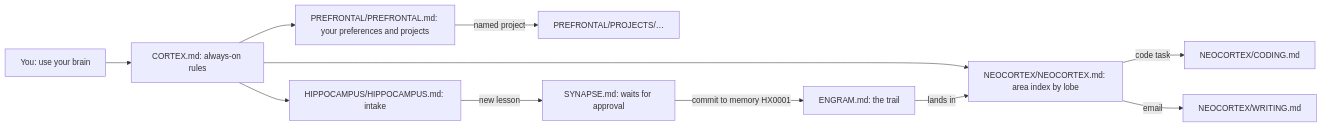
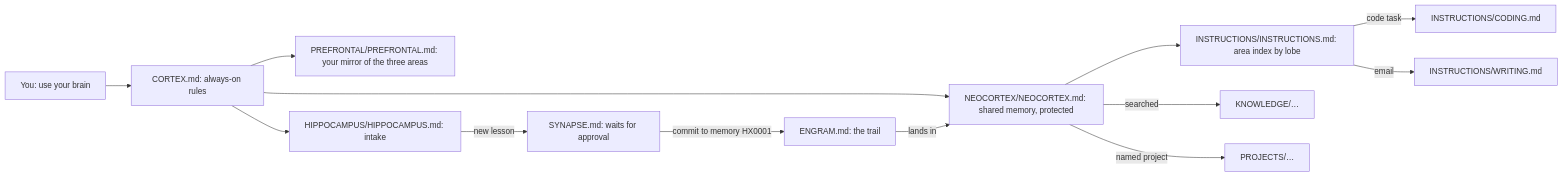
Before and after one commit to jimmydagher/claude-brain: the diagram in README.md, drawn with Mermaid. The commit also changed other lines of this file and 31 other files, not shown here.

````diff
--- a/README.md
+++ b/README.md
@@ -15,13 +11,15 @@
 ```mermaid
 flowchart LR
     A["You: use your brain"] --> B["CORTEX.md: always-on rules"]
-    B --> N["NEOCORTEX/NEOCORTEX.md: area index by lobe"]
-    N -->|code task| C["NEOCORTEX/CODING.md"]
-    N -->|email| D["NEOCORTEX/WRITING.md"]
-    B --> P["PREFRONTAL/PREFRONTAL.md: your preferences and projects"]
-    P -->|named project| E["PREFRONTAL/PROJECTS/…"]
+    B --> N["NEOCORTEX/NEOCORTEX.md: shared memory, protected"]
+    N --> I["INSTRUCTIONS/INSTRUCTIONS.md: area index by lobe"]
+    I -->|code task| C["INSTRUCTIONS/CODING.md"]
+    I -->|email| D["INSTRUCTIONS/WRITING.md"]
+    N -->|searched| K["KNOWLEDGE/…"]
+    N -->|named project| E["PROJECTS/…"]
+    B --> P["PREFRONTAL/PREFRONTAL.md: your mirror of the three areas"]
     B --> H["HIPPOCAMPUS/HIPPOCAMPUS.md: intake"]
     H -->|new lesson| S["SYNAPSE.md: waits for approval"]
     S -->|commit to memory HX0001| G["ENGRAM.md: the trail"]
     G -->|lands in| N
 ```
````
